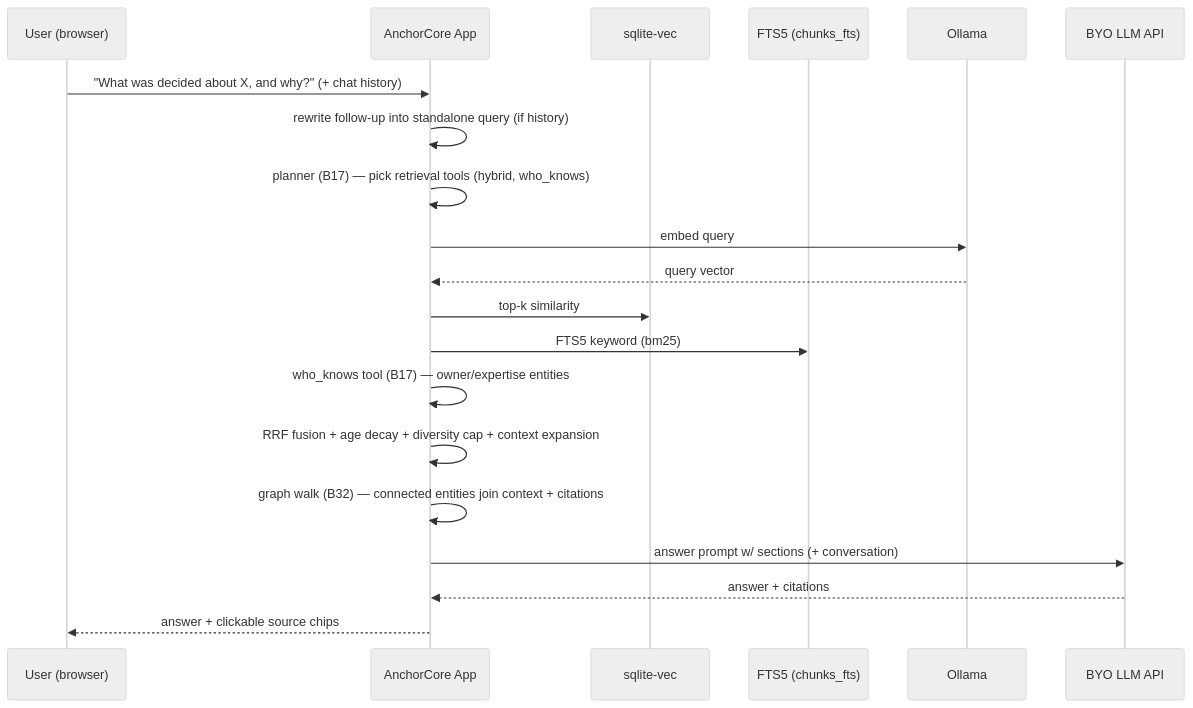
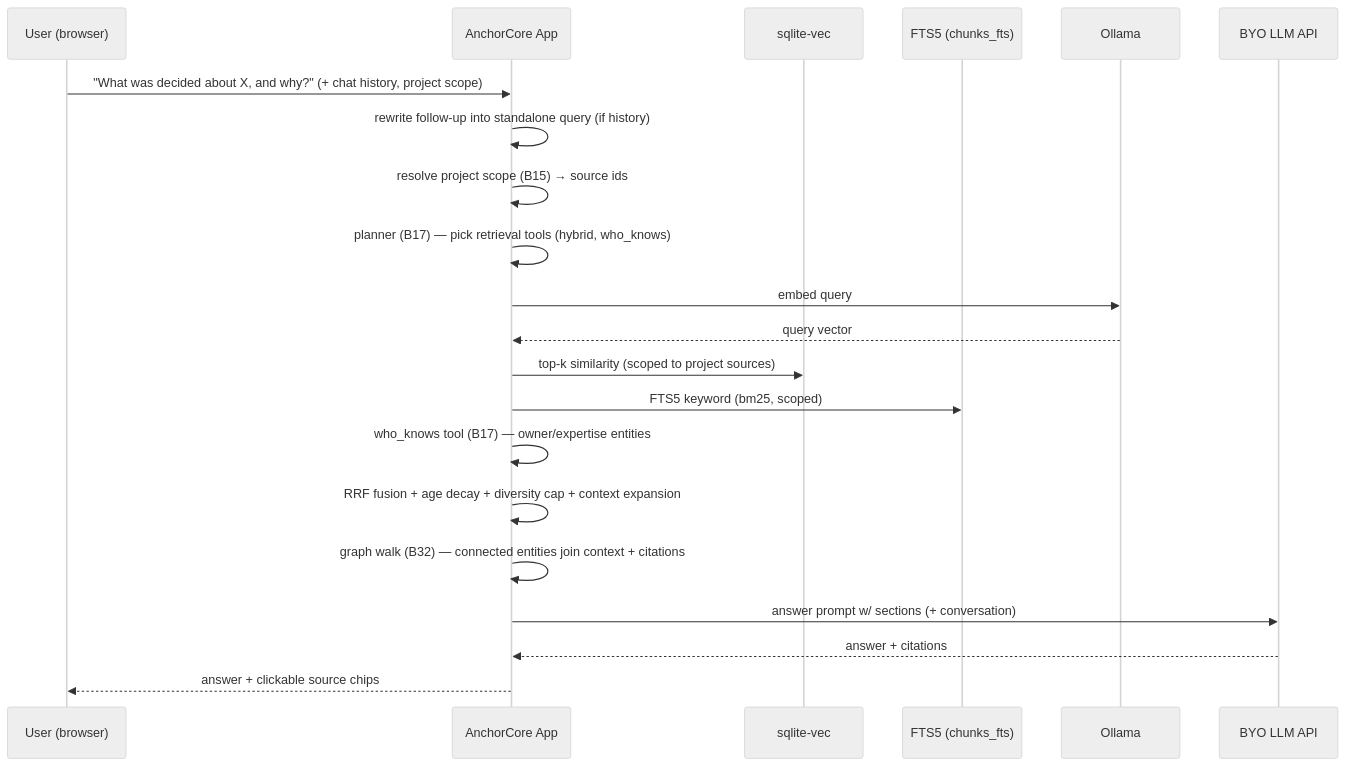
One commit to Atsirkunov/anchorcore changed the third of 4 diagrams in docs/architecture.md. Above: the diagram before and after it, drawn with Mermaid (neutral theme). The commit also changed other lines of this file and 5 other files, not shown here.

````diff
--- a/docs/architecture.md
+++ b/docs/architecture.md
@@ -71,23 +72,24 @@
 ```mermaid
 sequenceDiagram
     participant U as User (browser)
     participant A as AnchorCore App
     participant V as sqlite-vec
     participant F as FTS5 (chunks_fts)
     participant O as Ollama
     participant M as BYO LLM API
 
-    U->>A: "What was decided about X, and why?" (+ chat history)
+    U->>A: "What was decided about X, and why?" (+ chat history, project scope)
     A->>A: rewrite follow-up into standalone query (if history)
+    A->>A: resolve project scope (B15) → source ids
     A->>A: planner (B17) — pick retrieval tools (hybrid, who_knows)
     A->>O: embed query
     O-->>A: query vector
-    A->>V: top-k similarity
-    A->>F: FTS5 keyword (bm25)
+    A->>V: top-k similarity (scoped to project sources)
+    A->>F: FTS5 keyword (bm25, scoped)
     A->>A: who_knows tool (B17) — owner/expertise entities
     A->>A: RRF fusion + age decay + diversity cap + context expansion
     A->>A: graph walk (B32) — connected entities join context + citations
     A->>M: answer prompt w/ sections (+ conversation)
     M-->>A: answer + citations
     A-->>U: answer + clickable source chips
 ```
````
